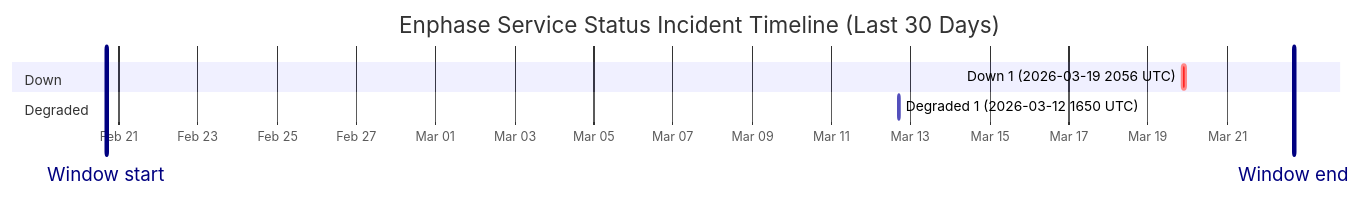
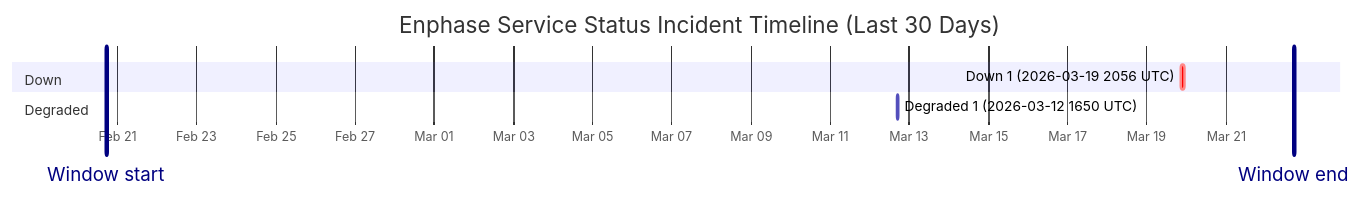
One commit to barneyonline/ha-enphase-ev-charger changed the diagram in wiki/Service-Status-History.md. Above: the diagram before and after it, drawn with Mermaid. The commit also changed other lines of this file and 3 other files, not shown here.

````diff
--- a/wiki/Service-Status-History.md
+++ b/wiki/Service-Status-History.md
@@ -14,12 +14,12 @@
 ```mermaid
 gantt
     title Enphase Service Status Incident Timeline (Last 30 Days)
     dateFormat  YYYY-MM-DDTHH:mm:ss
     axisFormat  %b %d
-    Window start :vert, window-start, 2026-02-20T16:19:07, 0ms
-    Window end :vert, window-end, 2026-03-22T16:19:07, 0ms
+    Window start :vert, window-start, 2026-02-20T17:17:49, 0ms
+    Window end :vert, window-end, 2026-03-22T17:17:49, 0ms
     section Down
     Down 1 (2026-03-19 2056 UTC) :crit, down-1, 2026-03-19T20:56:20, 145m
     section Degraded
     Degraded 1 (2026-03-12 1650 UTC) :active, degraded-1, 2026-03-12T16:50:43, 60m
 ```
````
